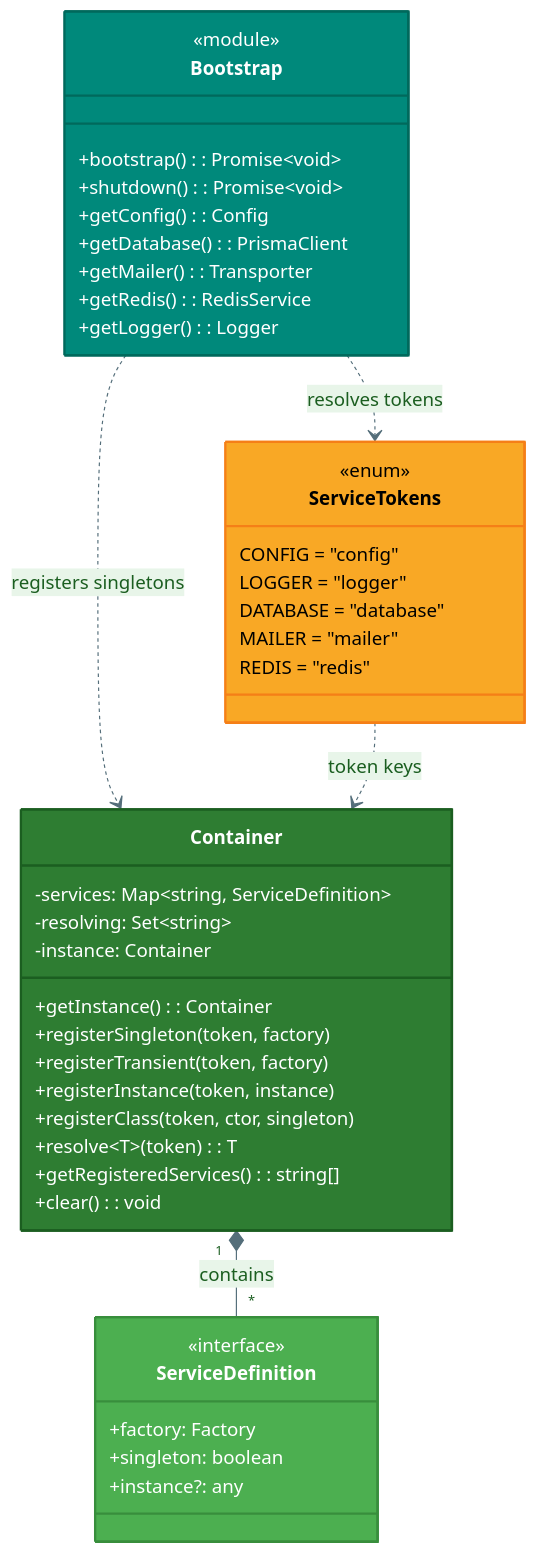
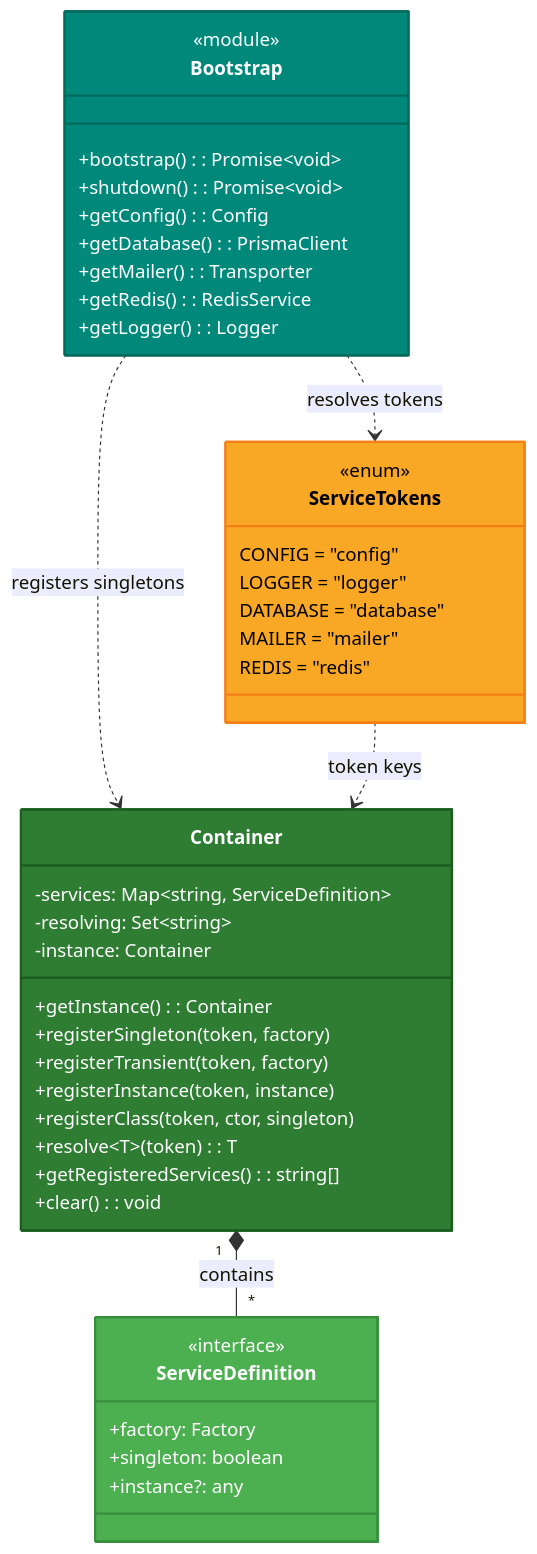
One commit to luna-gindra/c4-architecture-hono-api-seminar changed the second of 12 diagrams in architecture-c4-level4.md. Above: the diagram before and after it, drawn with Mermaid. The commit also changed other lines of this file and 1 other file, not shown here.

First line of the commit message:
🎨 Fix: Switch all diagrams to default (white) theme for GitHub readability

````diff
--- a/architecture-c4-level4.md
+++ b/architecture-c4-level4.md
@@ -107,59 +102,54 @@
 ```mermaid
-%%{init: {"theme": "base", "themeVariables": {
-    "primaryColor": "#E8F5E9",
-    "primaryTextColor": "#1B5E20",
-    "lineColor": "#546E7A",
-    "fontSize": 13
-}}}%%
+%%{init: {"theme": "default"}}%%
 classDiagram
     class Container {
         -services: Map~string, ServiceDefinition~
         -resolving: Set~string~
         -instance: Container
         +getInstance(): Container
         +registerSingleton(token, factory)
         +registerTransient(token, factory)
         +registerInstance(token, instance)
         +registerClass(token, ctor, singleton)
         +resolve~T~(token): T
         +getRegisteredServices(): string[]
         +clear(): void
     }
 
     class ServiceDefinition {
         <<interface>>
         +factory: Factory
         +singleton: boolean
         +instance?: any
     }
 
     class Bootstrap {
         <<module>>
         +bootstrap(): Promise~void~
         +shutdown(): Promise~void~
         +getConfig(): Config
         +getDatabase(): PrismaClient
         +getMailer(): Transporter
         +getRedis(): RedisService
         +getLogger(): Logger
     }
 
     class ServiceTokens {
         <<enum>>
         CONFIG = "config"
         LOGGER = "logger"
         DATABASE = "database"
         MAILER = "mailer"
         REDIS = "redis"
     }
 
     Container "1" *-- "*" ServiceDefinition : contains
     Bootstrap ..> Container : registers singletons
     Bootstrap ..> ServiceTokens : resolves tokens
     ServiceTokens ..> Container : token keys
 
     style Container fill:#2E7D32,color:#fff,stroke:#1B5E20,stroke-width:2px
     style ServiceDefinition fill:#4CAF50,color:#fff,stroke:#388E3C,stroke-width:2px
     style Bootstrap fill:#00897B,color:#fff,stroke:#00695C,stroke-width:2px
     style ServiceTokens fill:#F9A825,color:#000,stroke:#F57F17,stroke-width:2px
 ```
````
